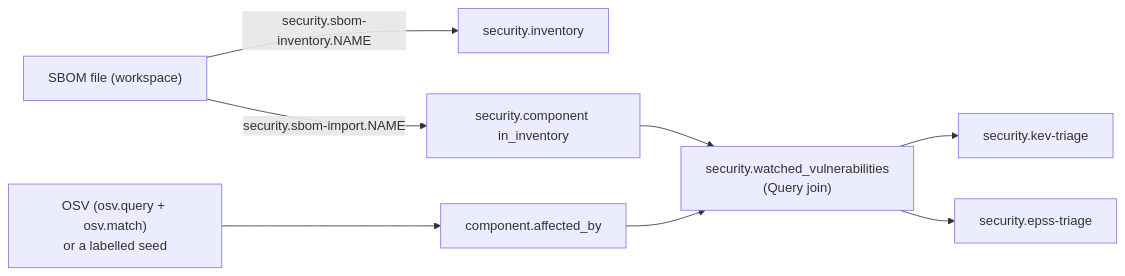
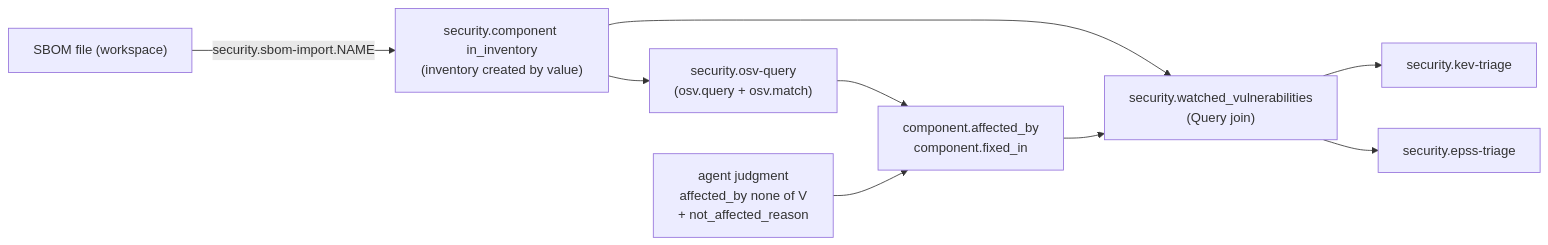
One commit to cruxible-ai/cruxible-kits changed the diagram in kits/security/source/pilot/README.md. Above: the diagram before and after it, drawn with Mermaid. The commit also changed other lines of this file and 2 other files, not shown here.

First line of the commit message:
Security kit batch 2: install the dependency-plane provider; document the dependency loop

````diff
--- a/kits/security/source/pilot/README.md
+++ b/kits/security/source/pilot/README.md
@@ -21,10 +24,11 @@
 ```mermaid
 flowchart LR
-  sbom["SBOM file (workspace)"] -->|security.sbom-inventory.NAME| inv["security.inventory"]
-  sbom -->|security.sbom-import.NAME| comp["security.component in_inventory"]
-  osv["OSV (osv.query + osv.match)<br/>or a labelled seed"] --> aff["component.affected_by"]
+  sbom["SBOM file (workspace)"] -->|security.sbom-import.NAME| comp["security.component in_inventory<br/>(inventory created by value)"]
+  comp --> osvq["security.osv-query<br/>(osv.query + osv.match)"]
+  osvq --> aff["component.affected_by<br/>component.fixed_in"]
   comp --> watch["security.watched_vulnerabilities<br/>(Query join)"]
   aff --> watch
   watch --> kev["security.kev-triage"]
   watch --> epss["security.epss-triage"]
+  agent["agent judgment<br/>affected_by none of V<br/>+ not_affected_reason"] --> aff
 ```
````
